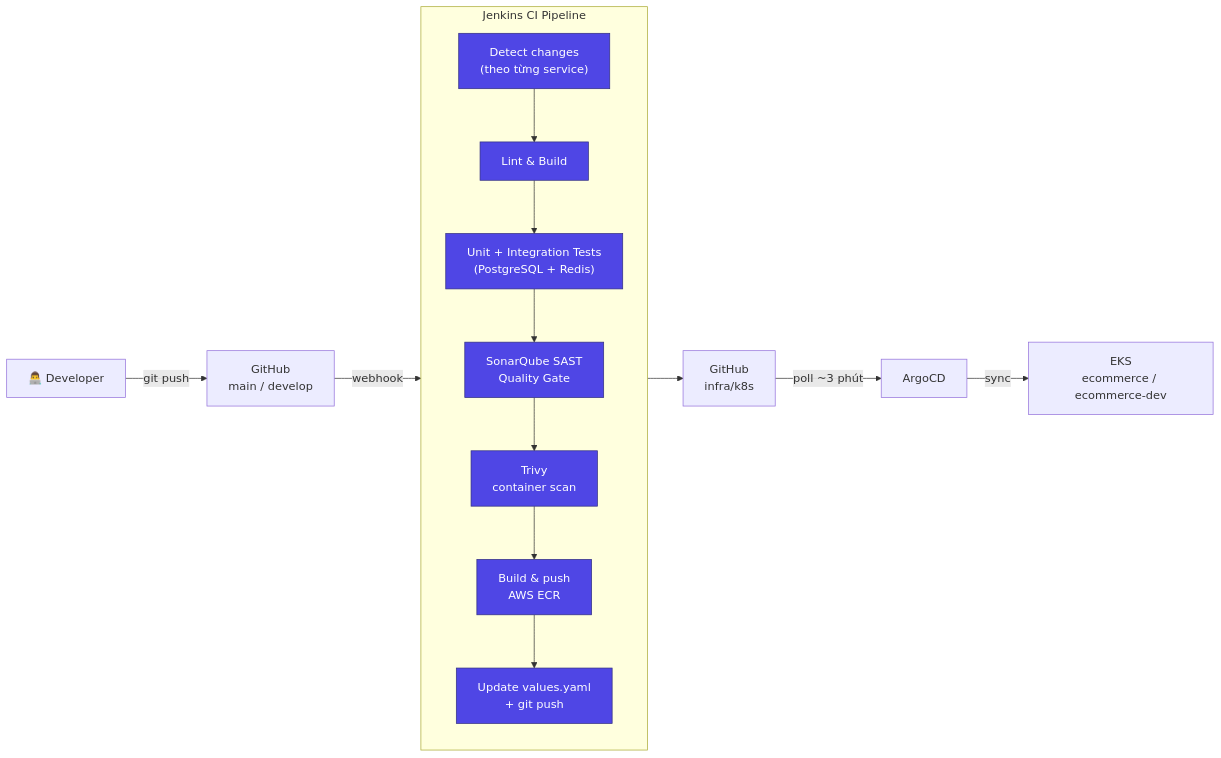
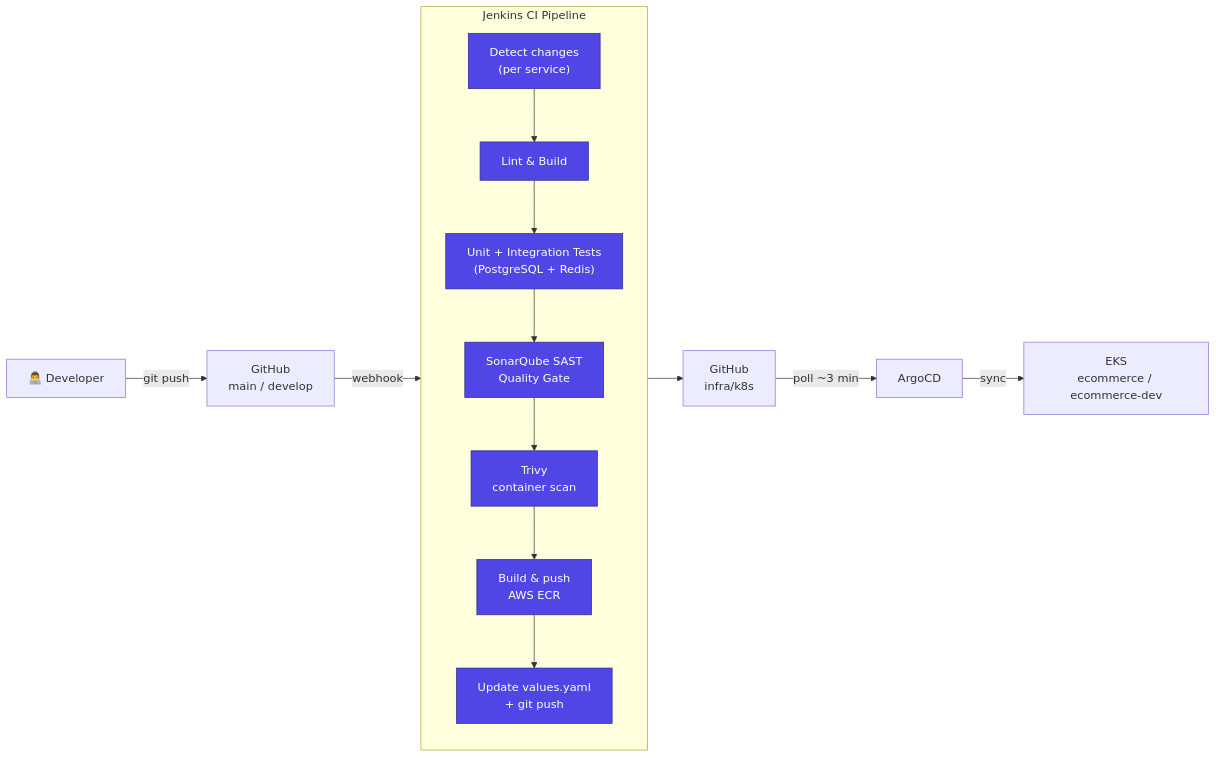
Before and after one commit to nguyenkdy/DevSecOps_Project: the third of 4 diagrams in README.md, drawn with Mermaid. The commit also changed other lines of this file, not shown here.

````diff
--- a/README.md
+++ b/README.md
@@ -241,22 +241,22 @@
 ```mermaid
 flowchart LR
     DEV["👨‍💻 Developer"] -->|git push| GH1["GitHub<br/>main / develop"]
     GH1 -->|webhook| CI
 
     subgraph CI["Jenkins CI Pipeline"]
         direction TB
-        C1["Detect changes<br/>(theo từng service)"] --> C2["Lint & Build"]
+        C1["Detect changes<br/>(per service)"] --> C2["Lint & Build"]
         C2 --> C3["Unit + Integration Tests<br/>(PostgreSQL + Redis)"]
         C3 --> C4["SonarQube SAST<br/>Quality Gate"]
         C4 --> C5["Trivy<br/>container scan"]
         C5 --> C6["Build & push<br/>AWS ECR"]
         C6 --> C7["Update values.yaml<br/>+ git push"]
     end
 
     C7 --> GH2["GitHub<br/>infra/k8s"]
-    GH2 -->|poll ~3 phút| ARGO["ArgoCD"]
+    GH2 -->|poll ~3 min| ARGO["ArgoCD"]
     ARGO -->|sync| EKS["EKS<br/>ecommerce / ecommerce-dev"]
 
     classDef stage fill:#4f46e5,stroke:#312e81,color:#fff
     class C1,C2,C3,C4,C5,C6,C7 stage
 ```
````
